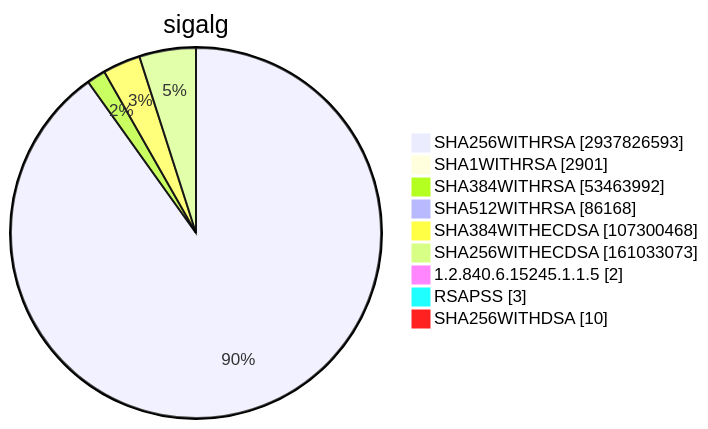
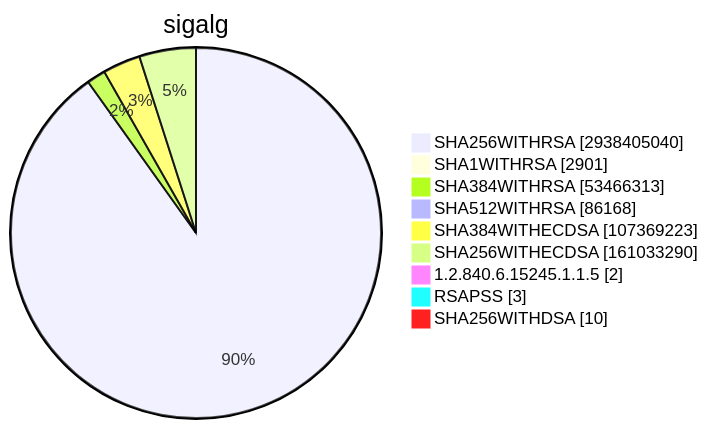
Before and after one commit to christiankrug/ctmonitor_visualization: diagram 15 of 15 in TOTAL/README.md, drawn with Mermaid. The commit also changed other lines of this file, not shown here.

````diff
--- a/TOTAL/README.md
+++ b/TOTAL/README.md
@@ -6207,13 +6207,13 @@
 ```mermaid
 pie showData
 title sigalg
-"SHA256WITHRSA" :2937826593
+"SHA256WITHRSA" :2938405040
 "SHA1WITHRSA" :2901
-"SHA384WITHRSA" :53463992
+"SHA384WITHRSA" :53466313
 "SHA512WITHRSA" :86168
-"SHA384WITHECDSA" :107300468
-"SHA256WITHECDSA" :161033073
+"SHA384WITHECDSA" :107369223
+"SHA256WITHECDSA" :161033290
 "1.2.840.6.15245.1.1.5" :2
 "RSAPSS" :3
 "SHA256WITHDSA" :10
 ```
````
